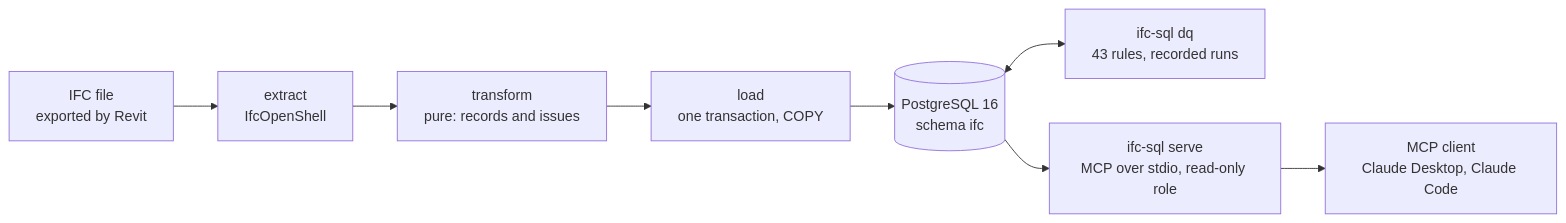
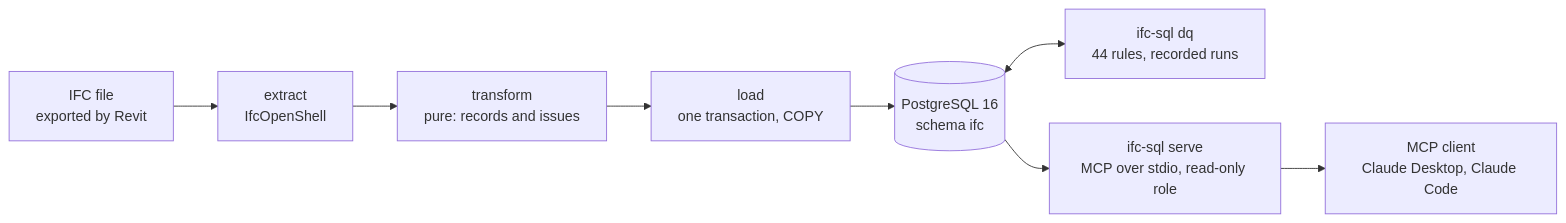
The diagram in README.md (gewoonkees132/Ifc_Sql_Mcp), drawn with Mermaid before and after one commit. The commit also changed other lines of this file and 10 other files, not shown here.

````diff
--- a/README.md
+++ b/README.md
@@ -10,10 +10,10 @@
 ```mermaid
 flowchart LR
     ifc["IFC file<br/>exported by Revit"] --> extract["extract<br/>IfcOpenShell"]
     extract --> transform["transform<br/>pure: records and issues"]
     transform --> load["load<br/>one transaction, COPY"]
     load --> db[("PostgreSQL 16<br/>schema ifc")]
-    db <--> dq["ifc-sql dq<br/>43 rules, recorded runs"]
+    db <--> dq["ifc-sql dq<br/>44 rules, recorded runs"]
     db --> mcp["ifc-sql serve<br/>MCP over stdio, read-only role"]
     mcp --> llm["MCP client<br/>Claude Desktop, Claude Code"]
 ```
````
